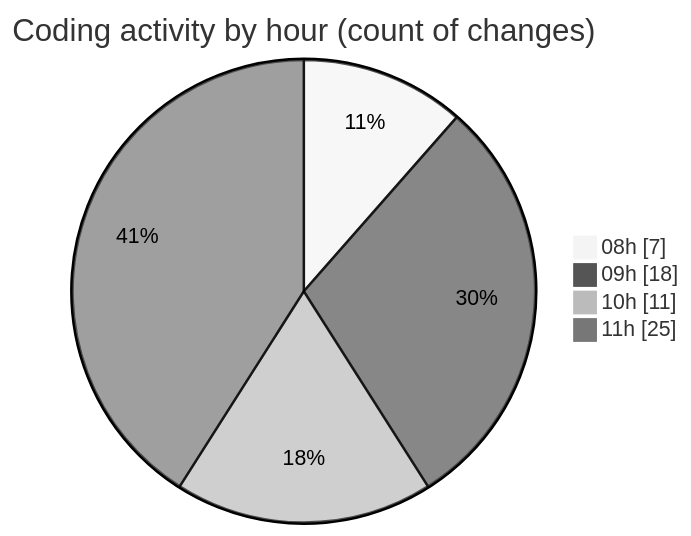
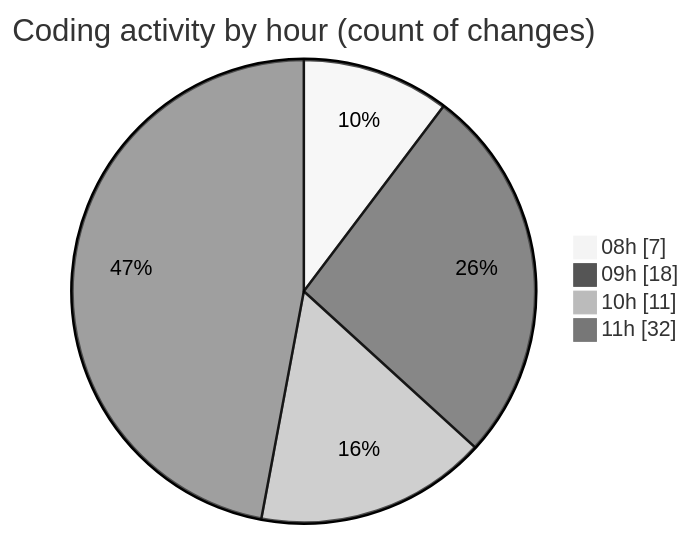
Before and after one commit to momahboobian/code-tracking: the second of 2 diagrams in 2025-11-11/cda/README.md, drawn with Mermaid (neutral theme). The commit also changed other lines of this file and 1 other file, not shown here.

````diff
--- a/2025-11-11/cda/README.md
+++ b/2025-11-11/cda/README.md
@@ -34,8 +34,8 @@
 ```mermaid
 pie showData
 title Coding activity by hour (count of changes)
 "08h" : 7
 "09h" : 18
 "10h" : 11
-"11h" : 25
+"11h" : 32
 ```
````
